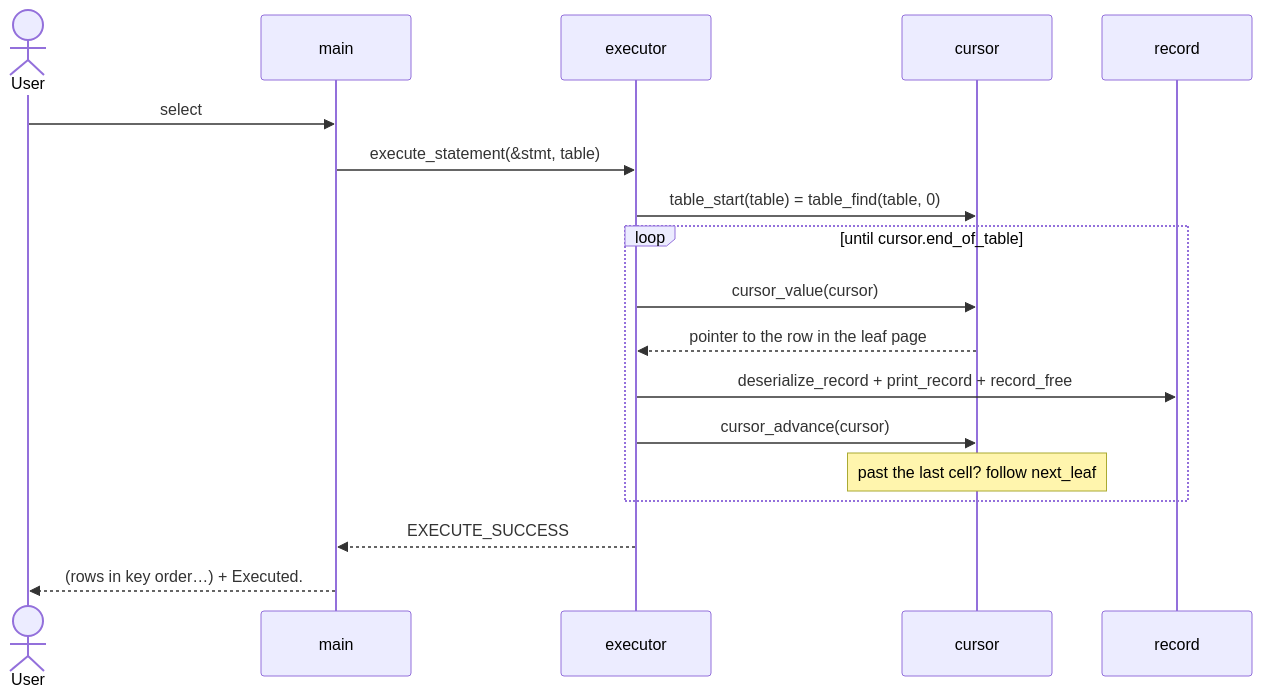
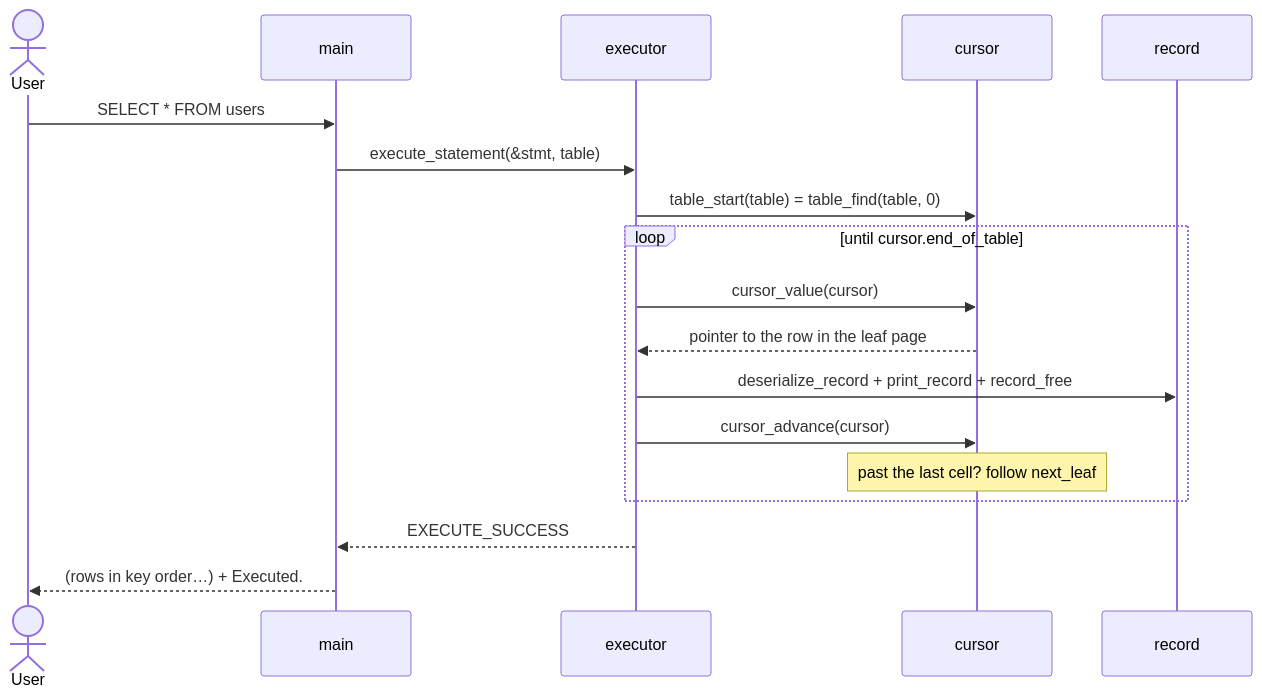
Diagram 14 of 20 in README.md (Rohitangshu2026/mini-sql), drawn with Mermaid before and after one commit. The commit also changed other lines of this file, not shown here.

````diff
--- a/README.md
+++ b/README.md
@@ -685,21 +710,21 @@
 ```mermaid
 sequenceDiagram
     actor U as User
     participant M as main
     participant E as executor
     participant C as cursor
     participant R as record
 
-    U->>M: select
+    U->>M: SELECT * FROM users;
     M->>E: execute_statement(&stmt, table)
     E->>C: table_start(table) = table_find(table, 0)
     loop until cursor.end_of_table
         E->>C: cursor_value(cursor)
         C-->>E: pointer to the row in the leaf page
         E->>R: deserialize_record + print_record + record_free
         E->>C: cursor_advance(cursor)
         Note over C: past the last cell? follow next_leaf
     end
     E-->>M: EXECUTE_SUCCESS
     M-->>U: (rows in key order…) + Executed.
 ```
````
